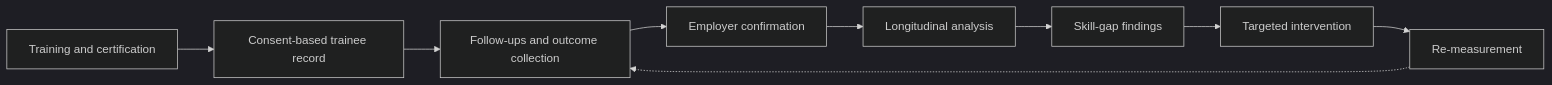
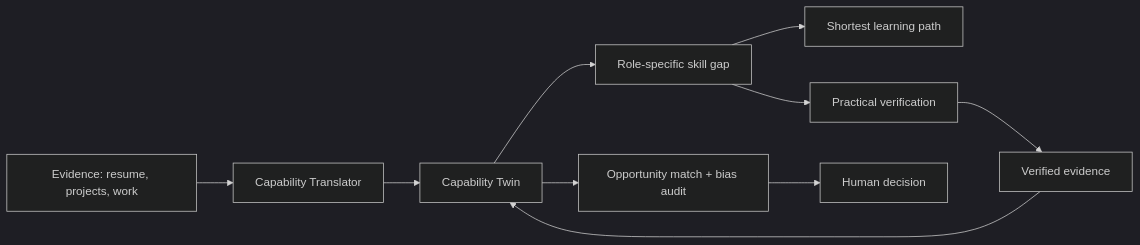
Before and after one commit to Devengoyal885/ArcLight_HackShift_2: the diagram in README.md, drawn with Mermaid (dark theme). The commit also changed other lines of this file and 6 other files, not shown here.

````diff
--- a/README.md
+++ b/README.md
@@ -48,11 +47,12 @@
 ```mermaid
 flowchart LR
-  A[Training and certification] --> B[Consent-based trainee record]
-  B --> C[Follow-ups and outcome collection]
-  C --> D[Employer confirmation]
-  D --> E[Longitudinal analysis]
-  E --> F[Skill-gap findings]
-  F --> G[Targeted intervention]
-  G --> H[Re-measurement]
-  H -.-> C
+  A[Evidence: resume, projects, work] --> B[Capability Translator]
+  B --> C[Capability Twin]
+  C --> D[Role-specific skill gap]
+  D --> E[Shortest learning path]
+  D --> F[Practical verification]
+  F --> G[Verified evidence]
+  G --> C
+  C --> H[Opportunity match + bias audit]
+  H --> I[Human decision]
 ```
````
